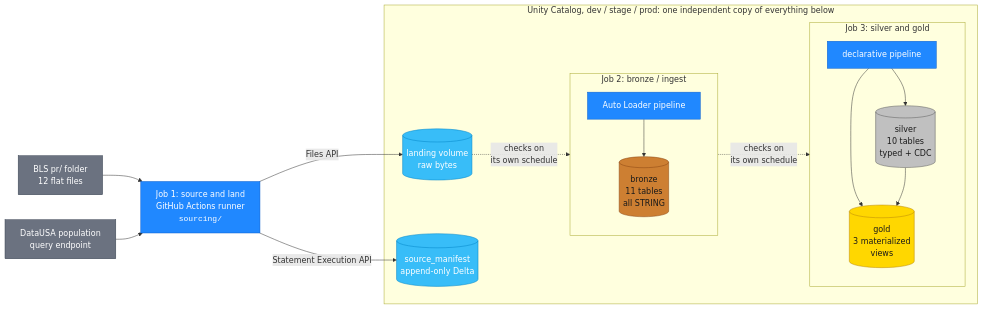
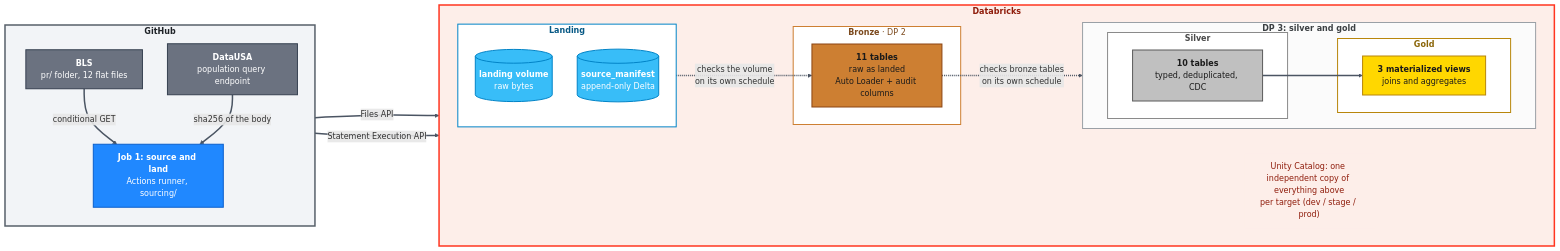
Before and after one commit to schmucas/rearc_data_quest: the first of 2 diagrams in README.md, drawn with Mermaid. The commit also changed other lines of this file, not shown here.

Commit message:
Restyle the architecture diagram under "The idea"
- Bold box titles, thicker links, light GitHub grey and Databricks red boxes
- Group silver and gold inside one DP 3 box, bronze becomes DP 2
- Move the per-target Unity Catalog text into a footnote node, it overlapped
  the bronze box as a subgraph title
- Add a GitHub to Databricks logo row above the diagram
- Reword the three-stages sentence: one Actions workflow, two Databricks Jobs

````diff
--- a/README.md
+++ b/README.md
@@ -66,46 +77,67 @@
 ```mermaid
 flowchart LR
-  BLS["BLS pr/ folder<br/>12 flat files"]:::source
-  API["DataUSA population<br/>query endpoint"]:::source
-  BLS --> GHA
-  API --> GHA
-  GHA["Job 1: source and land<br/>GitHub Actions runner<br/><code>sourcing/</code>"]:::job
-
-  GHA -->|Files API| VOL[("landing volume<br/>raw bytes")]:::storage
-  GHA -->|Statement Execution API| MAN[("source_manifest<br/>append-only Delta")]:::storage
-
-  VOL -.->|checks on<br/>its own schedule| BJ
-
-  subgraph J2["Job 2: bronze / ingest"]
+  subgraph GH["`**GitHub**`"]
     direction TB
-    BJ["Auto Loader pipeline"]:::job
-    BZ[("bronze<br/>11 tables<br/>all STRING")]:::bronze
-    BJ --> BZ
+    BLS["`**BLS**
+    pr/ folder, 12 flat files`"]:::source
+    API["`**DataUSA**
+    population query endpoint`"]:::source
+    GHA["`**Job 1: source and land**
+    Actions runner, sourcing/`"]:::job
+    BLS -->|"conditional GET"| GHA
+    API -->|"sha256 of the body"| GHA
   end
 
-  BZ -.->|checks on<br/>its own schedule| SJ
-
-  subgraph J3["Job 3: silver and gold"]
-    direction TB
-    SJ["declarative pipeline"]:::job
-    SV[("silver<br/>10 tables<br/>typed + CDC")]:::silver
-    GD[("gold<br/>3 materialized<br/>views")]:::gold
-    SJ --> SV
-    SJ --> GD
-    SV --> GD
+  subgraph DBX["`**Databricks**`"]
+    direction LR
+    subgraph LAND["`**Landing**`"]
+      direction TB
+      VOL[("`**landing volume**
+      raw bytes`")]:::storage
+      MAN[("`**source_manifest**
+      append-only Delta`")]:::storage
+    end
+    subgraph BRONZE["`**Bronze** · DP 2`"]
+      BZ["`**11 tables**
+      raw as landed
+      Auto Loader + audit columns`"]:::bronze
+    end
+    subgraph J3["`**DP 3: silver and gold**`"]
+      direction LR
+      subgraph SILVER["`**Silver**`"]
+        SV["`**10 tables**
+        typed, deduplicated, CDC`"]:::silver
+      end
+      subgraph GOLD["`**Gold**`"]
+        GD["`**3 materialized views**
+        joins and aggregates`"]:::gold
+      end
+      SV --> GD
+    end
+    NOTE["`Unity Catalog: one independent copy of everything above
+    per target (dev / stage / prod)`"]:::note
   end
 
-  subgraph ENV["Unity Catalog, dev / stage / prod: one independent copy of everything below"]
-    VOL
-    MAN
-    J2
-    J3
-  end
+  GHA -->|"Files API"| VOL
+  GHA -->|"Statement Execution API"| MAN
+  VOL -.->|"checks the volume<br/>on its own schedule"| BZ
+  BZ -.->|"checks bronze tables<br/>on its own schedule"| SV
 
-  classDef source fill:#6b7280,stroke:#374151,color:#ffffff
-  classDef job fill:#2088ff,stroke:#0b5fcc,color:#ffffff
-  classDef bronze fill:#cd7f32,stroke:#8b4513,color:#1a1a1a
-  classDef silver fill:#c0c0c0,stroke:#5b5b5b,color:#1a1a1a
-  classDef gold fill:#ffd700,stroke:#b8860b,color:#1a1a1a
-  classDef storage fill:#38bdf8,stroke:#0284c7,color:#ffffff
+  classDef source fill:#6b7280,stroke:#374151,stroke-width:2px,color:#ffffff
+  classDef job fill:#2088ff,stroke:#0b5fcc,stroke-width:2px,color:#ffffff
+  classDef bronze fill:#cd7f32,stroke:#8b4513,stroke-width:2px,color:#1a1a1a
+  classDef silver fill:#c0c0c0,stroke:#5b5b5b,stroke-width:2px,color:#1a1a1a
+  classDef gold fill:#ffd700,stroke:#b8860b,stroke-width:2px,color:#1a1a1a
+  classDef storage fill:#38bdf8,stroke:#0284c7,stroke-width:2px,color:#ffffff
+  classDef note fill:#fdeee9,stroke:#fdeee9,stroke-width:0px,color:#8f1d0c
+
+  style GH fill:#f2f4f7,stroke:#57606a,stroke-width:3px,color:#1f2328
+  style DBX fill:#fdeee9,stroke:#ff3621,stroke-width:3px,color:#8f1d0c
+  style LAND fill:#ffffff,stroke:#0284c7,stroke-width:2px,color:#075985
+  style BRONZE fill:#ffffff,stroke:#cd7f32,stroke-width:2px,color:#7c4a1e
+  style J3 fill:#fbfbfb,stroke:#9aa0a6,stroke-width:2px,color:#3c4043
+  style SILVER fill:#ffffff,stroke:#8a8a8a,stroke-width:2px,color:#4a4a4a
+  style GOLD fill:#ffffff,stroke:#b8860b,stroke-width:2px,color:#8a6508
+
+  linkStyle default stroke:#4b5563,stroke-width:3px
 ```
````
